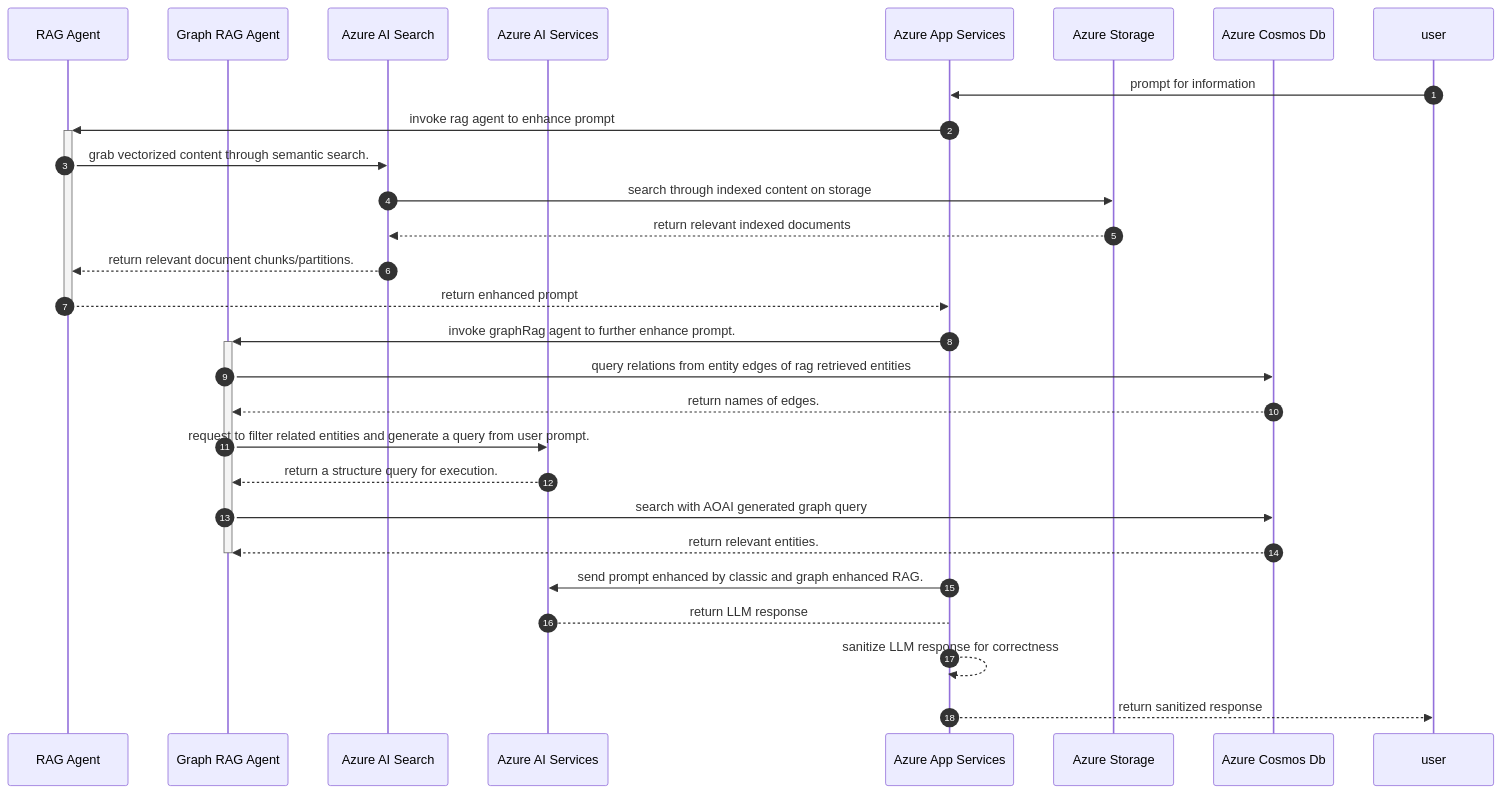
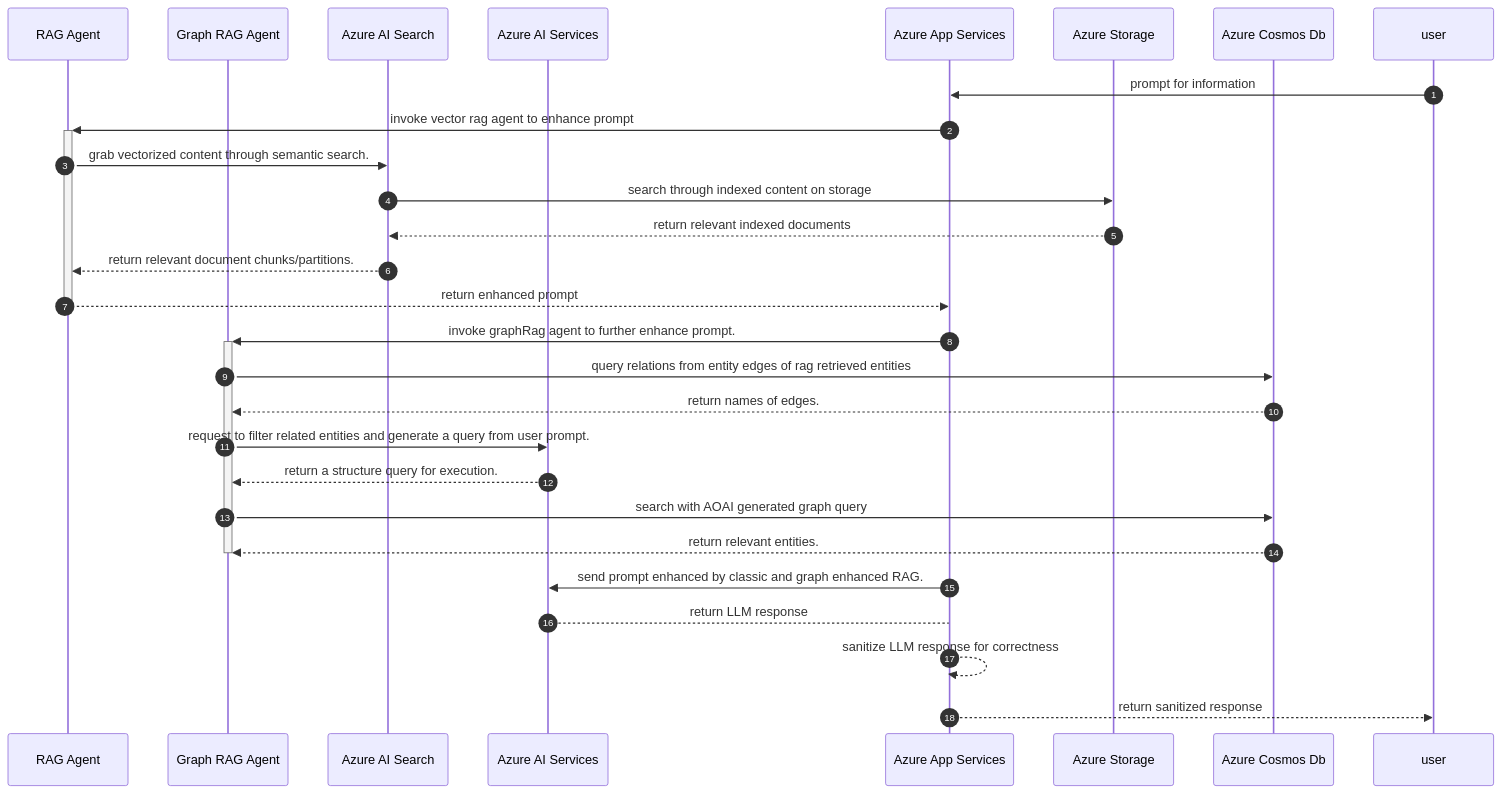
Before and after one commit to microsoft/deepRAG: the second of 3 diagrams in docs/ARCHITECTURE.md, drawn with Mermaid. The commit also changed other lines of this file, not shown here.

Commit message:
changed agent flow

````diff
--- a/docs/ARCHITECTURE.md
+++ b/docs/ARCHITECTURE.md
@@ -30,35 +30,35 @@
 ```mermaid
 sequenceDiagram
   autonumber
   participant rag as RAG Agent
   participant graphRag as Graph RAG Agent
   participant search as Azure AI Search
   participant AOAI as Azure AI Services
   participant app as Azure App Services
   participant storage as Azure Storage
   participant graphDb as Azure Cosmos Db
 
   user ->> app: prompt for information
-  app ->> +rag: invoke rag agent to enhance prompt
+  app ->> +rag: invoke vector rag agent to enhance prompt
   rag ->> search: grab vectorized content through semantic search.
   search ->> storage: search through indexed content on storage
   storage-->>search: return relevant indexed documents
   search-->>rag: return relevant document chunks/partitions.
   rag-->>app: return enhanced prompt
   deactivate rag
 
   app ->> +graphRag: invoke graphRag agent to further enhance prompt.
   graphRag ->> graphDb: query relations from entity edges of rag retrieved entities
   graphDb-->>graphRag: return names of edges.
   graphRag ->> AOAI: request to filter related entities and generate a query from user prompt.
   AOAI-->>graphRag: return a structure query for execution.
   graphRag ->> graphDb: search with AOAI generated graph query
   graphDb-->>graphRag: return relevant entities.
   deactivate graphRag
 
   app ->> AOAI: send prompt enhanced by classic and graph enhanced RAG.
   AOAI-->app: return LLM response
   app -->> app: sanitize LLM response for correctness
   app-->>user: return sanitized response
 
 ```
````
